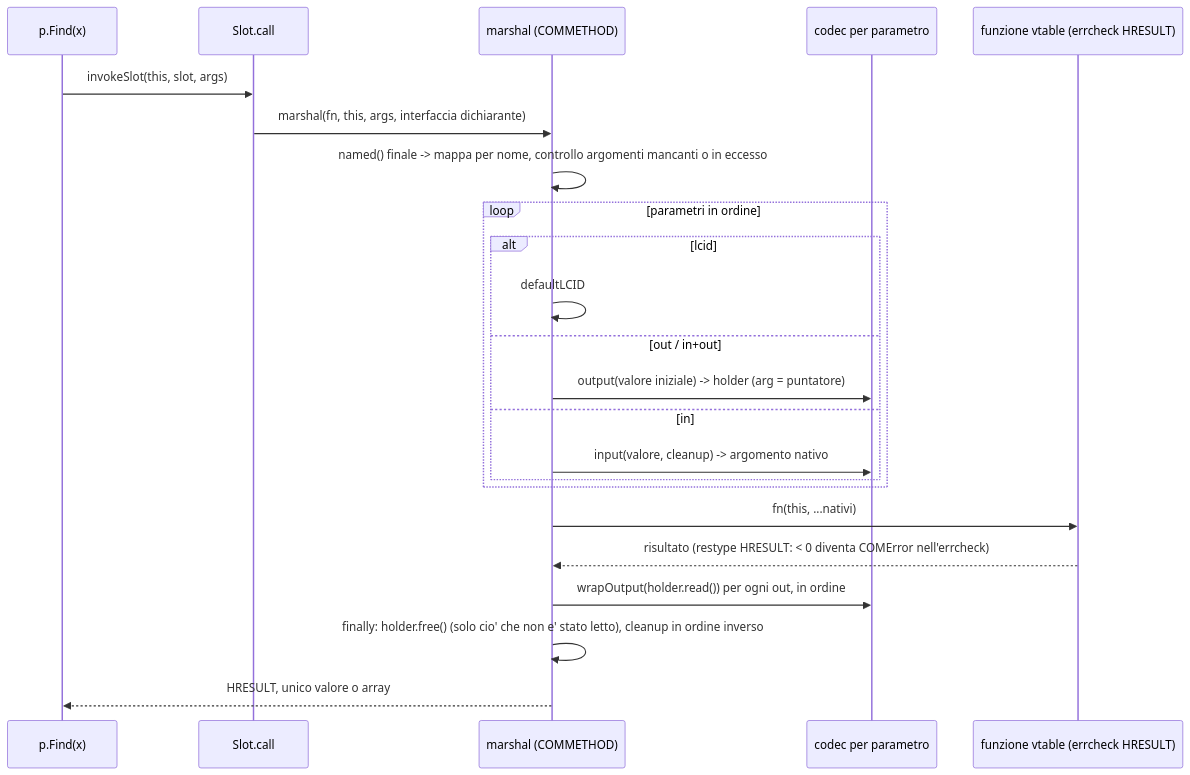
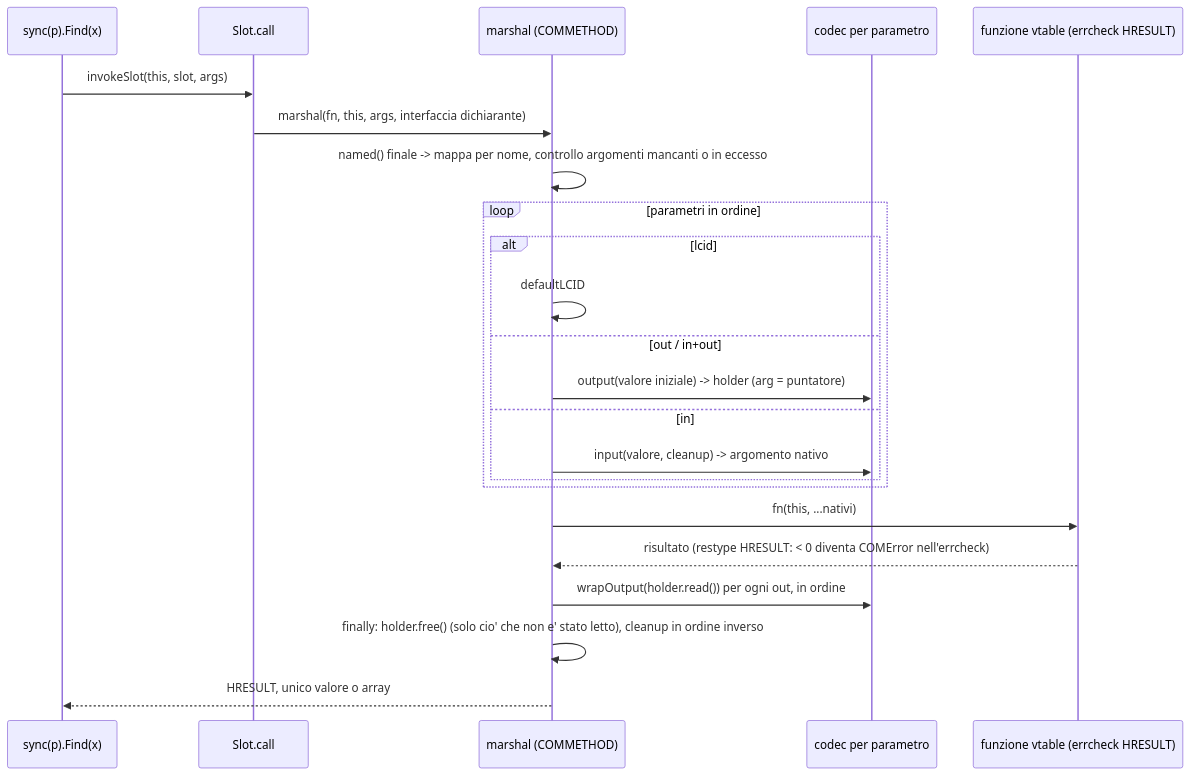
The ninth of 16 diagrams in FLOWS.md (dmazzella/node-comtypes), drawn with Mermaid before and after one commit. The commit also changed other lines of this file, not shown here.

Commit message:
docs: align FLOWS.md with the asynchronous API

````diff
--- a/FLOWS.md
+++ b/FLOWS.md
@@ -360,25 +373,25 @@
 ```mermaid
 sequenceDiagram
-    participant JS as p.Find(x)
+    participant JS as sync(p).Find(x)
     participant S as Slot.call
     participant M as marshal (COMMETHOD)
     participant C as codec per parametro
     participant N as funzione vtable (errcheck HRESULT)
     JS->>S: invokeSlot(this, slot, args)
     S->>M: marshal(fn, this, args, interfaccia dichiarante)
     M->>M: named() finale -> mappa per nome, controllo argomenti mancanti o in eccesso
     loop parametri in ordine
         alt lcid
             M->>M: defaultLCID
         else out / in+out
             M->>C: output(valore iniziale) -> holder (arg = puntatore)
         else in
             M->>C: input(valore, cleanup) -> argomento nativo
         end
     end
     M->>N: fn(this, ...nativi)
     N-->>M: risultato (restype HRESULT: < 0 diventa COMError nell'errcheck)
     M->>C: wrapOutput(holder.read()) per ogni out, in ordine
     M->>M: finally: holder.free() (solo cio' che non e' stato letto), cleanup in ordine inverso
     M-->>JS: HRESULT, unico valore o array
 ```
````
